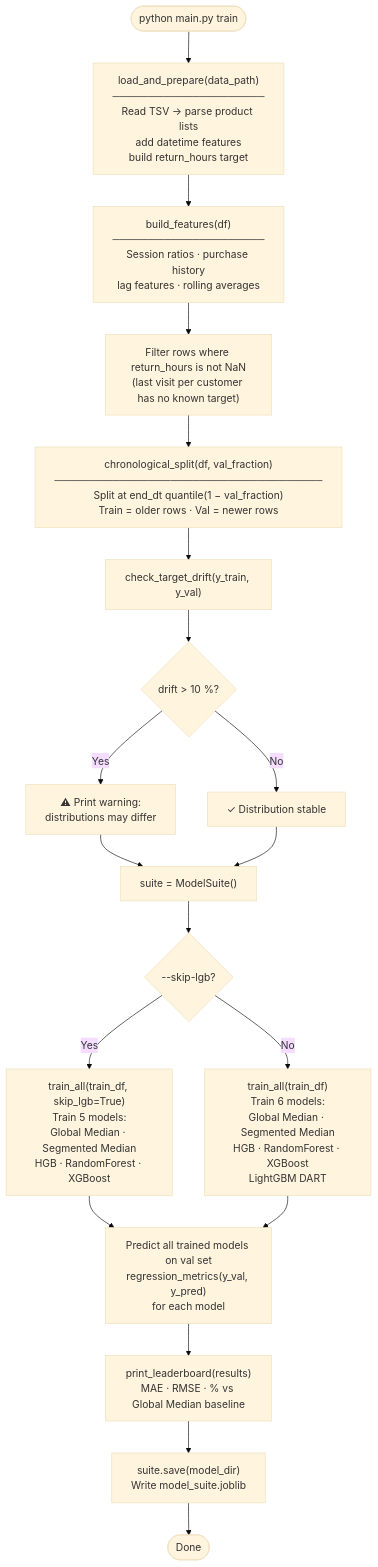
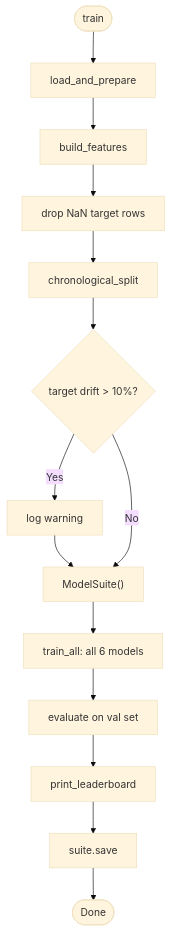
One commit to udit-asopa/data-science-assignment-nosto changed the second of 9 diagrams in docs/06_diagrams.md. Above: the diagram before and after it, drawn with Mermaid (base theme). The commit also changed other lines of this file and 1 other file, not shown here.

````diff
--- a/docs/06_diagrams.md
+++ b/docs/06_diagrams.md
@@ -53,28 +39,21 @@
 ```mermaid
 flowchart TD
-    START(["python main.py train"])
-    LOAD["load_and_prepare(data_path)\n─────────────────────\nRead TSV → parse product lists\nadd datetime features\nbuild return_hours target"]
-    FEAT["build_features(df)\n─────────────────────\nSession ratios · purchase history\nlag features · rolling averages"]
-    FILTER["Filter rows where return_hours is not NaN\n(last visit per customer has no known target)"]
-    SPLIT["chronological_split(df, val_fraction)\n─────────────────────────────────────\nSplit at end_dt quantile(1 − val_fraction)\nTrain = older rows · Val = newer rows"]
-    DRIFT["check_target_drift(y_train, y_val)"]
-    DRIFTQ{drift > 10 %?}
-    WARN["⚠  Print warning:\ndistributions may differ"]
-    OK["✓  Distribution stable"]
-    SUITE["suite = ModelSuite()"]
-    LGBQ{--skip-lgb?}
-    TRAIN5["train_all(train_df, skip_lgb=True)\nTrain 5 models:\nGlobal Median · Segmented Median\nHGB · RandomForest · XGBoost"]
-    TRAIN6["train_all(train_df)\nTrain 6 models:\nGlobal Median · Segmented Median\nHGB · RandomForest · XGBoost\nLightGBM DART"]
-    EVALALL["Predict all trained models on val set\nregression_metrics(y_val, y_pred)\nfor each model"]
-    BOARD["print_leaderboard(results)\nMAE · RMSE · % vs Global Median baseline"]
-    SAVE["suite.save(model_dir)\nWrite model_suite.joblib"]
+    START(["train"])
+    LOAD["load_and_prepare"]
+    FEAT["build_features"]
+    FILTER["drop NaN target rows"]
+    SPLIT["chronological_split"]
+    DRIFT{target drift > 10%?}
+    WARN["log warning"]
+    SUITE["ModelSuite()"]
+    EVAL["evaluate on val set"]
+    BOARD["print_leaderboard"]
+    SAVE["suite.save"]
     DONE(["Done"])
 
-    START --> LOAD --> FEAT --> FILTER --> SPLIT --> DRIFT --> DRIFTQ
-    DRIFTQ -->|Yes| WARN --> SUITE
-    DRIFTQ -->|No| OK --> SUITE
-    SUITE --> LGBQ
-    LGBQ -->|Yes| TRAIN5 --> EVALALL
-    LGBQ -->|No| TRAIN6 --> EVALALL
-    EVALALL --> BOARD --> SAVE --> DONE
+    START --> LOAD --> FEAT --> FILTER --> SPLIT --> DRIFT
+    DRIFT -->|Yes| WARN --> SUITE
+    DRIFT -->|No| SUITE
+    SUITE --> TRAIN["train_all: all 6 models"] --> EVAL
+    EVAL --> BOARD --> SAVE --> DONE
 ```
````
